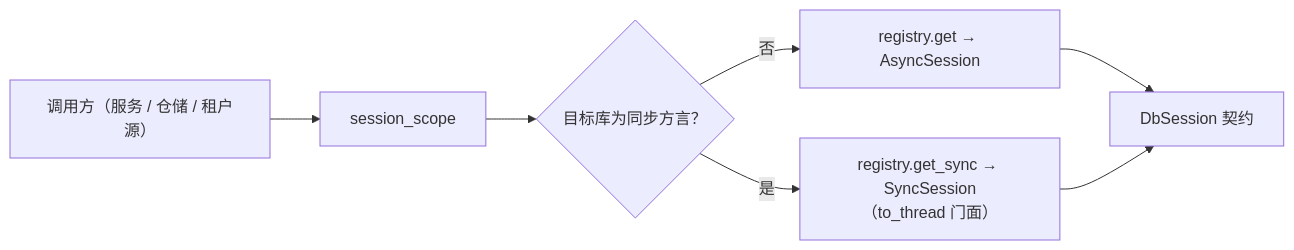
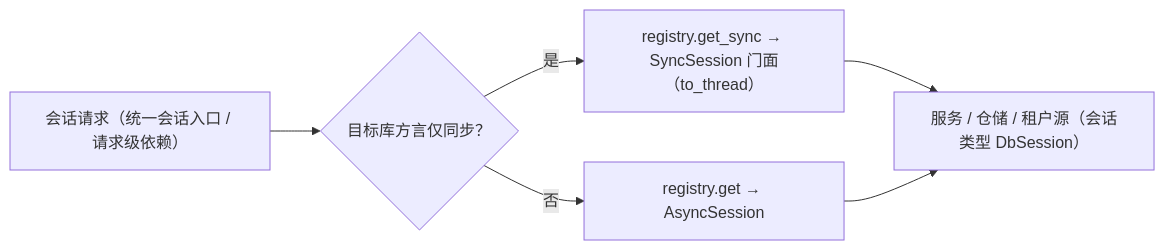
One commit to minjian123/basic-management-system changed the second of 3 diagrams in bms文档/项目/02_后端基座与服务化地基/任务/01_后端基座真实实现/01_后端基座真实实现_05_三库真库集成与达梦实测/设计/01_详细设计_05_三库真库集成与达梦实测.md. Above: the diagram before and after it, drawn with Mermaid. The commit also changed other lines of this file and 13 other files, not shown here.

````diff
--- a/bms文档/项目/02_后端基座与服务化地基/任务/01_后端基座真实实现/01_后端基座真实实现_05_三库真库集成与达梦实测/设计/01_详细设计_05_三库真库集成与达梦实测.md
+++ b/bms文档/项目/02_后端基座与服务化地基/任务/01_后端基座真实实现/01_后端基座真实实现_05_三库真库集成与达梦实测/设计/01_详细设计_05_三库真库集成与达梦实测.md
@@ -178,9 +125,8 @@
 ```mermaid
 flowchart LR
-    A["调用方（服务 / 仓储 / 租户源）"] --> B["session_scope"]
-    B --> C{"目标库为同步方言？"}
-    C -- 否 --> D["registry.get → AsyncSession"]
-    C -- 是 --> E["registry.get_sync → SyncSession<br/>（to_thread 门面）"]
-    D --> F["DbSession 契约"]
-    E --> F
+    A["会话请求（统一会话入口 / 请求级依赖）"] --> B{"目标库方言仅同步？"}
+    B -- 是 --> C["registry.get_sync → SyncSession 门面（to_thread）"]
+    B -- 否 --> D["registry.get → AsyncSession"]
+    C --> E["服务 / 仓储 / 租户源（会话类型 DbSession）"]
+    D --> E
 ```
````
